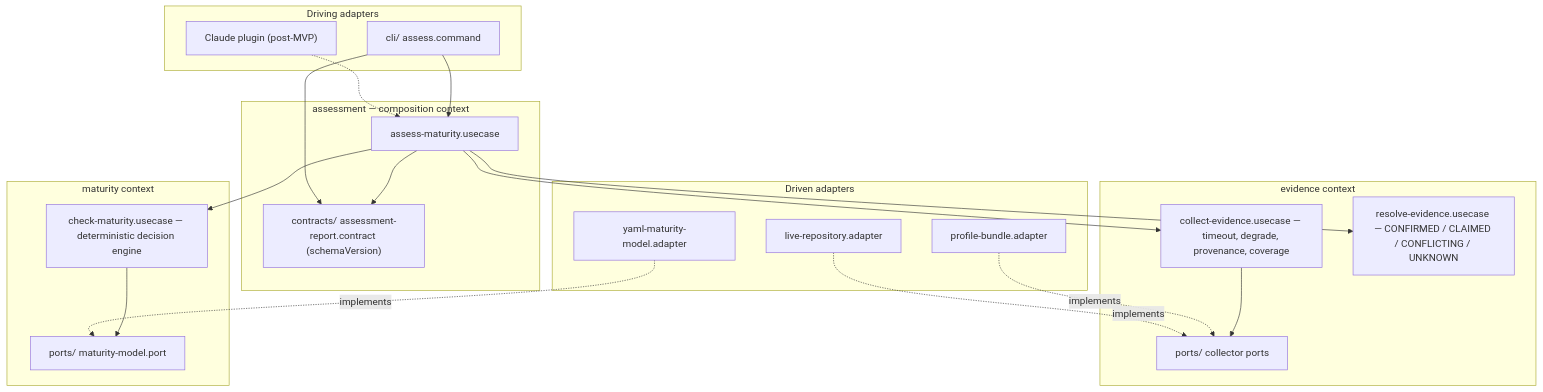
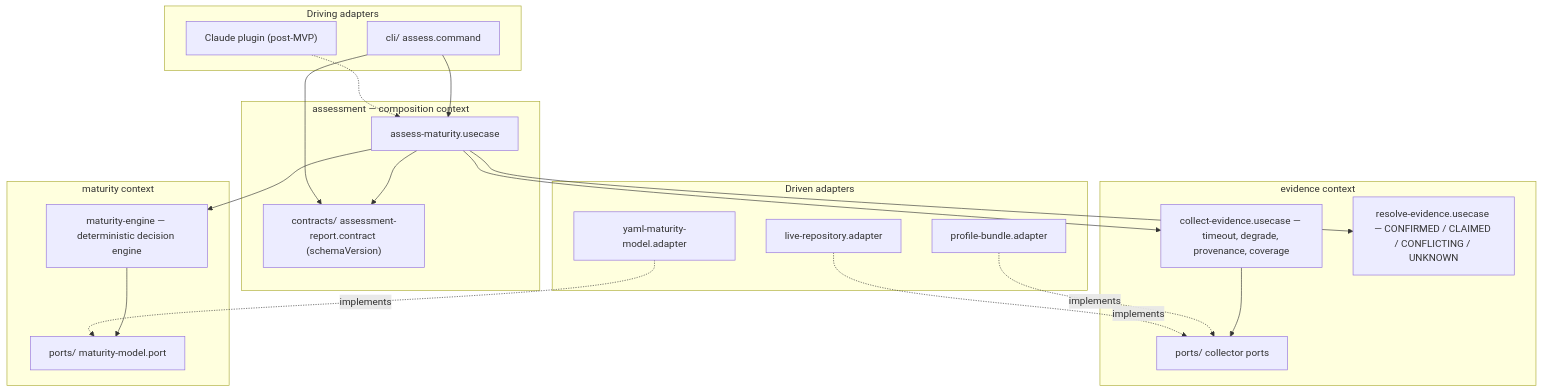
Before and after one commit to BlandineRdl/aidd-audit: the diagram in aidd_docs/INSTALL.md, drawn with Mermaid. The commit also changed other lines of this file and 26 other files, not shown here.

````diff
--- a/aidd_docs/INSTALL.md
+++ b/aidd_docs/INSTALL.md
@@ -154,47 +154,47 @@
 ```mermaid
 flowchart TB
 
   subgraph driving["Driving adapters"]
     CLI["cli/ assess.command"]
     PLUGIN["Claude plugin (post-MVP)"]
   end
 
   subgraph assessment["assessment — composition context"]
     ASSESS["assess-maturity.usecase"]
     CONTRACT["contracts/ assessment-report.contract (schemaVersion)"]
   end
 
   subgraph evidence["evidence context"]
     COLLECT["collect-evidence.usecase — timeout, degrade, provenance, coverage"]
     RESOLVE["resolve-evidence.usecase — CONFIRMED / CLAIMED / CONFLICTING / UNKNOWN"]
     PSRC["ports/ collector ports"]
   end
 
   subgraph maturity["maturity context"]
-    CHECK["check-maturity.usecase — deterministic decision engine"]
+    CHECK["maturity-engine — deterministic decision engine"]
     PMODEL["ports/ maturity-model.port"]
   end
 
   subgraph driven["Driven adapters"]
     FIX["profile-bundle.adapter"]
     GIT["live-repository.adapter"]
     YAML["yaml-maturity-model.adapter"]
   end
 
   CLI --> ASSESS
   PLUGIN -.-> ASSESS
 
   ASSESS --> COLLECT
   ASSESS --> RESOLVE
   ASSESS --> CHECK
   ASSESS --> CONTRACT
 
   CLI --> CONTRACT
 
   COLLECT --> PSRC
   CHECK --> PMODEL
 
   FIX -.->|implements| PSRC
   GIT -.->|implements| PSRC
   YAML -.->|implements| PMODEL
 ```
````
